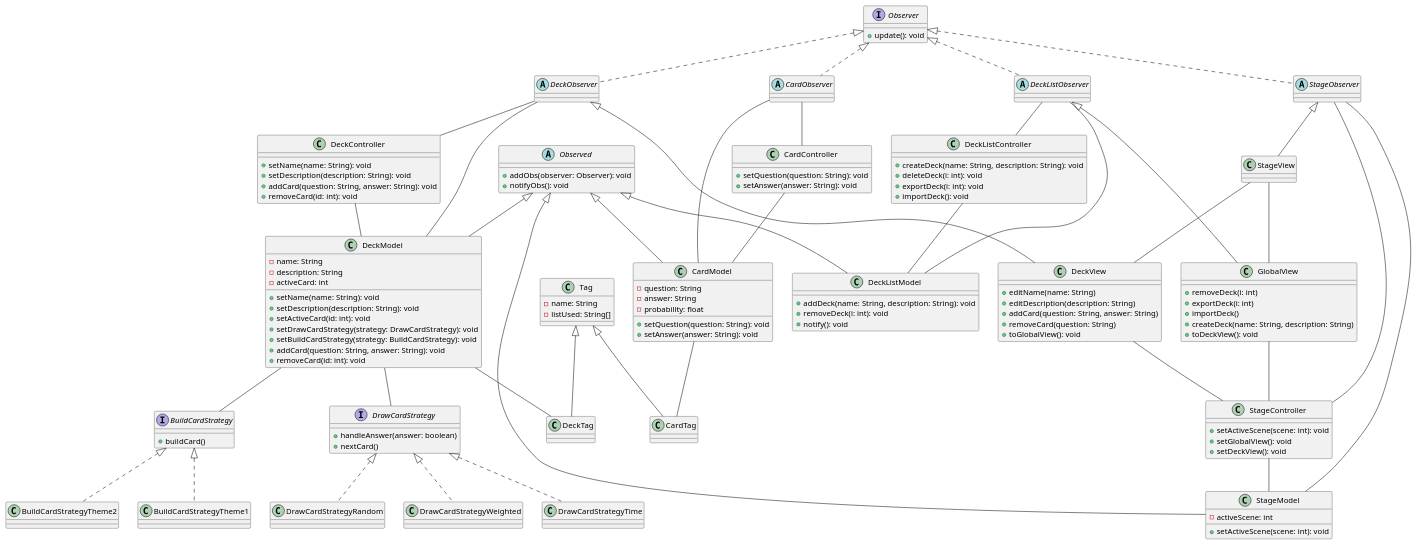
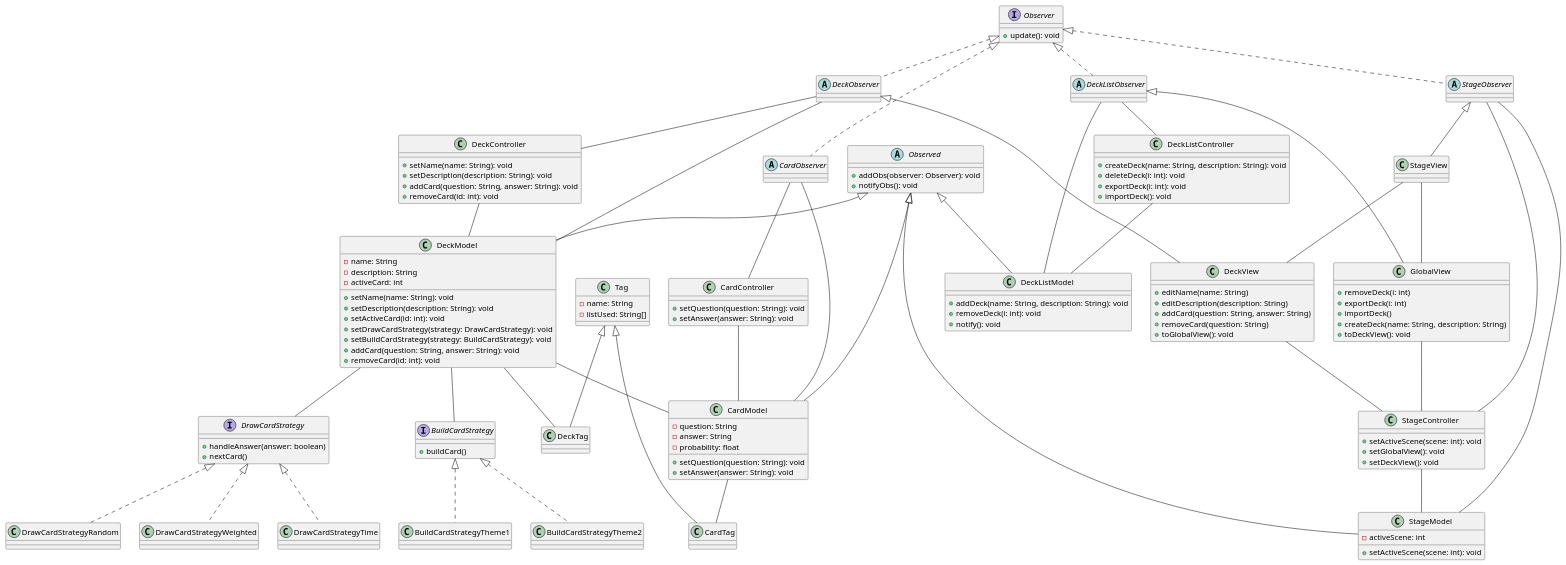
The diagram in GestionProjet/classDiagram.wsd (BigBaz54/TN_Flashcards), drawn with PlantUML before and after one commit.

Commit message:
[+] oubli diagramme

```diff
--- a/GestionProjet/classDiagram.wsd
+++ b/GestionProjet/classDiagram.wsd
@@ -1,161 +1,162 @@
 @startuml
 interface Observer {
     + update(): void
 }
 
 abstract class CardObserver implements Observer {
 }
 
 abstract class DeckObserver implements Observer {
 }
 
 abstract class DeckListObserver implements Observer {
 }
 
 abstract class StageObserver implements Observer {
 }
 
 abstract class Observed {
     + addObs(observer: Observer): void
     + notifyObs(): void
 }
 
 class GlobalView extends DeckListObserver {
     + removeDeck(i: int)
     + exportDeck(i: int)
     + importDeck()
     + createDeck(name: String, description: String)
     + toDeckView(): void
 }
 
 class DeckView extends DeckObserver {
     + editName(name: String)
     + editDescription(description: String)
     + addCard(question: String, answer: String)
     + removeCard(question: String)
     + toGlobalView(): void
 }
 
 class StageView extends StageObserver {
 }
 
 class DeckListModel extends Observed {
     + addDeck(name: String, description: String): void
     + removeDeck(i: int): void
     + notify(): void
 }
 
 class DeckModel extends Observed {
     - name: String
     - description: String
     - activeCard: int
     + setName(name: String): void
     + setDescription(description: String): void
     + setActiveCard(id: int): void
     + setDrawCardStrategy(strategy: DrawCardStrategy): void
     + setBuildCardStrategy(strategy: BuildCardStrategy): void
     + addCard(question: String, answer: String): void
     + removeCard(id: int): void
 }
 
 class CardModel extends Observed {
     - question: String
     - answer: String
     - probability: float
     + setQuestion(question: String): void
     + setAnswer(answer: String): void
 }
 
 class StageModel extends Observed {
     - activeScene: int
     + setActiveScene(scene: int): void
 }
 
 class DeckListController {
     + createDeck(name: String, description: String): void
     + deleteDeck(i: int): void
     + exportDeck(i: int): void
     + importDeck(): void
 }
 
 class DeckController {
     + setName(name: String): void
     + setDescription(description: String): void
     + addCard(question: String, answer: String): void
     + removeCard(id: int): void
 }
 
 class CardController {
     + setQuestion(question: String): void
     + setAnswer(answer: String): void
 }
 
 class StageController {
     + setActiveScene(scene: int): void
     + setGlobalView(): void
     + setDeckView(): void
 }
 
 class Tag {
     - name: String
     - listUsed: String[]
 }
 
 class CardTag extends Tag {
 }
 
 class DeckTag extends Tag {
 }
 
 interface DrawCardStrategy {
     + handleAnswer(answer: boolean)
     + nextCard()
 }
 
 interface BuildCardStrategy {
     + buildCard()
 }
 
 class BuildCardStrategyTheme1 implements BuildCardStrategy {
 }
 
 class BuildCardStrategyTheme2 implements BuildCardStrategy {
 }
 
 class DrawCardStrategyRandom implements DrawCardStrategy {
 }
 
 class DrawCardStrategyWeighted implements DrawCardStrategy {
 }
 
 class DrawCardStrategyTime implements DrawCardStrategy {
 }
 
 CardObserver -- CardModel
 DeckObserver -- DeckModel
 DeckListObserver -- DeckListModel
 StageObserver -- StageModel
 
 CardObserver -- CardController
 DeckObserver -- DeckController
 DeckListObserver -- DeckListController
 StageObserver -- StageController
 
 CardController -- CardModel
 DeckController -- DeckModel
 DeckListController -- DeckListModel
 StageController -- StageModel
 
 DeckModel -- DrawCardStrategy
 DeckModel -- BuildCardStrategy
+DeckModel -- CardModel
 
 GlobalView -- StageController
 DeckView -- StageController
 
 StageView -- DeckView
 StageView -- GlobalView
 
 CardModel -- CardTag
 DeckModel -- DeckTag
 
 @enduml
```
